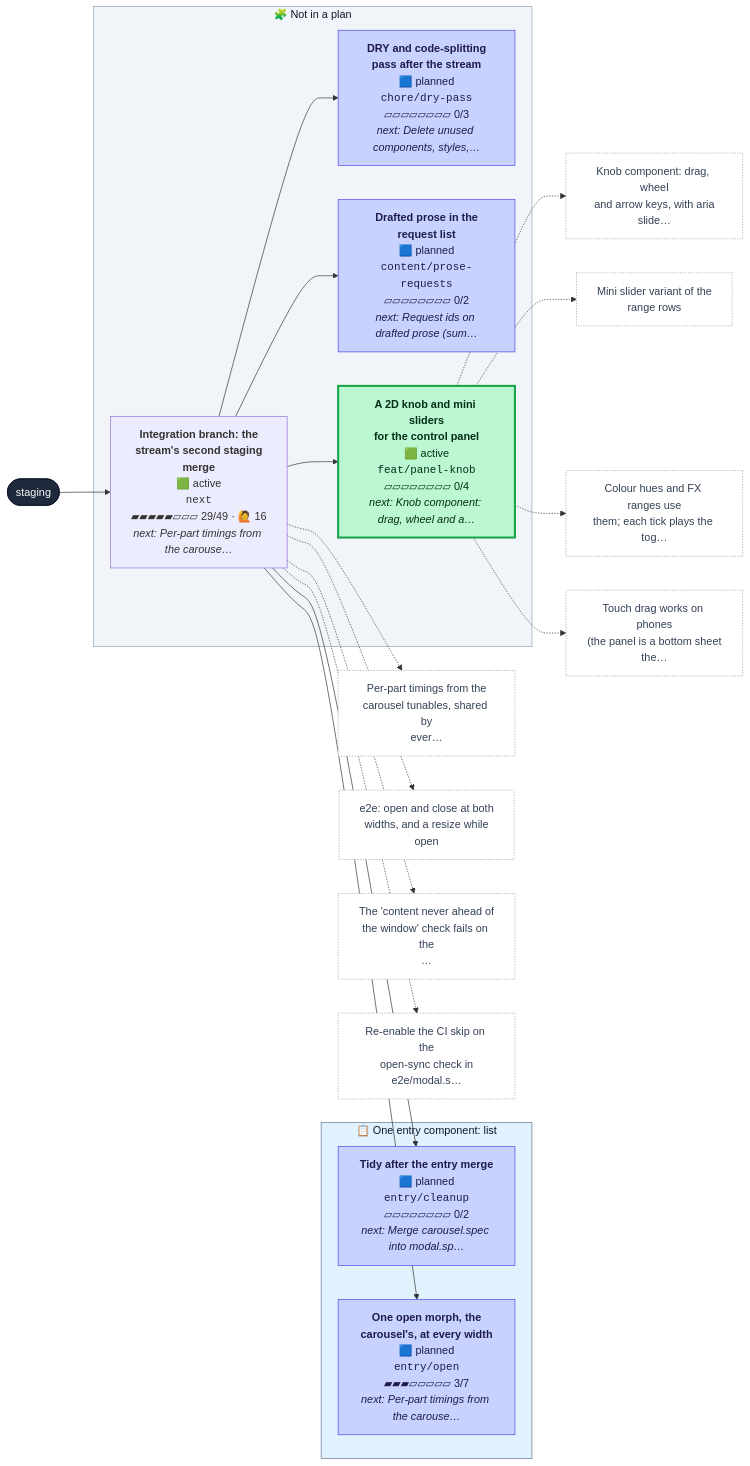
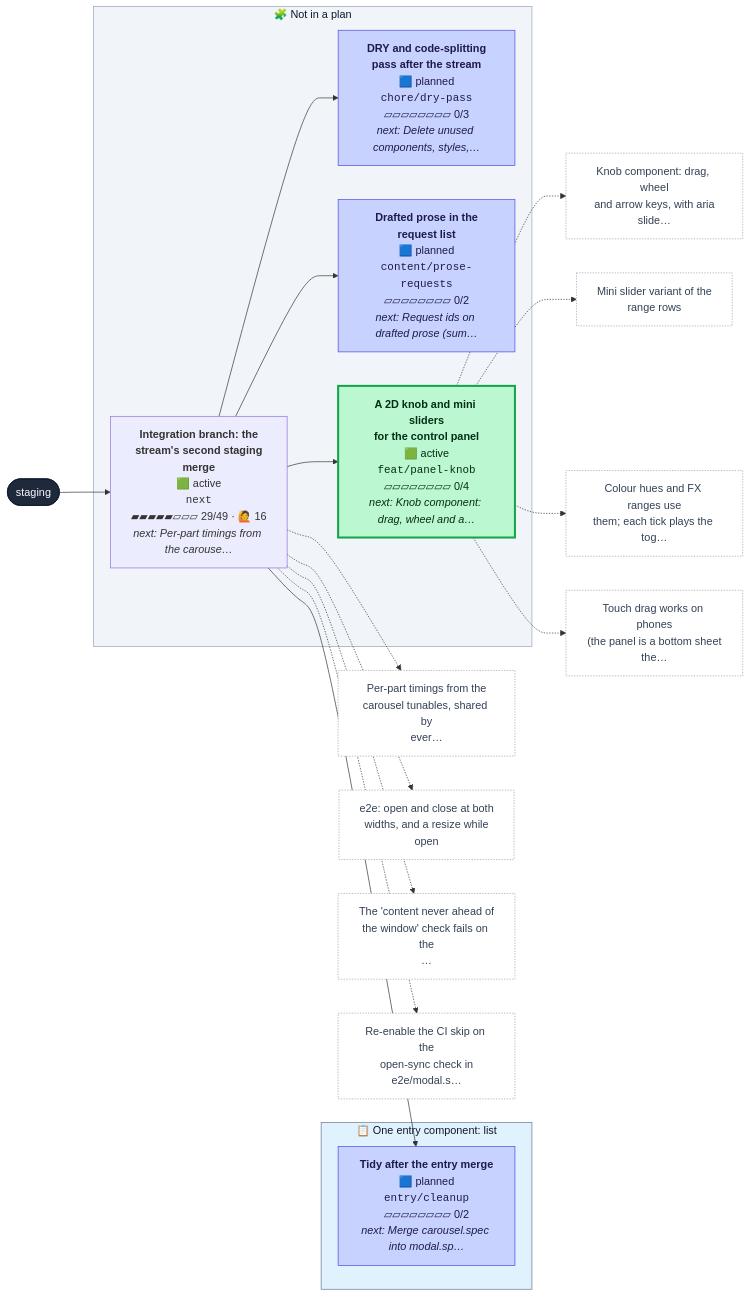
One commit to henryjonescodes/portfolio changed the first of 2 diagrams in CONTRIBUTING.md. Above: the diagram before and after it, drawn with Mermaid. The commit also changed other lines of this file, not shown here.

````diff
--- a/CONTRIBUTING.md
+++ b/CONTRIBUTING.md
@@ -16,62 +16,59 @@
 ```mermaid
 flowchart LR
   n_staging([staging])
   class n_staging trunk
   subgraph plan_0["📋 One entry component: list"]
     n_entry_cleanup["<b>Tidy after the entry merge</b><br/>🟦 planned<br/><code>entry/cleanup</code><br/>▱▱▱▱▱▱▱▱ 0/2<br/><i>next: Merge carousel.spec into modal.sp…</i>"]
     class n_entry_cleanup planned
-    n_entry_open["<b>One open morph, the<br/>carousel's, at every width</b><br/>🟦 planned<br/><code>entry/open</code><br/>▰▰▰▱▱▱▱▱ 3/7<br/><i>next: Per-part timings from the carouse…</i>"]
-    class n_entry_open planned
   end
   style plan_0 fill:#e0f2fe,stroke:#64748b,color:#0f172a
   subgraph loose["🧩 Not in a plan"]
     n_chore_dry_pass["<b>DRY and code-splitting<br/>pass after the stream</b><br/>🟦 planned<br/><code>chore/dry-pass</code><br/>▱▱▱▱▱▱▱▱ 0/3<br/><i>next: Delete unused components, styles,…</i>"]
     class n_chore_dry_pass planned
     n_content_prose_requests["<b>Drafted prose in the<br/>request list</b><br/>🟦 planned<br/><code>content/prose-requests</code><br/>▱▱▱▱▱▱▱▱ 0/2<br/><i>next: Request ids on drafted prose (sum…</i>"]
     class n_content_prose_requests planned
     n_feat_panel_knob["<b>A 2D knob and mini sliders<br/>for the control panel</b><br/>🟩 active<br/><code>feat/panel-knob</code><br/>▱▱▱▱▱▱▱▱ 0/4<br/><i>next: Knob component: drag, wheel and a…</i>"]
     class n_feat_panel_knob active
     n_next["<b>Integration branch: the<br/>stream's second staging<br/>merge</b><br/>🟩 active<br/><code>next</code><br/>▰▰▰▰▰▱▱▱ 29/49 · 🙋 16<br/><i>next: Per-part timings from the carouse…</i>"]
     class n_next active,current
   end
   style loose fill:#f1f5f9,stroke:#94a3b8,color:#0f172a
   n_next --> n_chore_dry_pass
   n_next --> n_content_prose_requests
   n_next --> n_entry_cleanup
-  n_next --> n_entry_open
   n_next --> n_feat_panel_knob
   n_staging --> n_next
   n_feat_panel_knob_t0["Knob component: drag, wheel<br/>and arrow keys, with aria<br/>slide…"]
   class n_feat_panel_knob_t0 todo
   n_feat_panel_knob -.-> n_feat_panel_knob_t0
   n_feat_panel_knob_t1["Mini slider variant of the<br/>range rows"]
   class n_feat_panel_knob_t1 todo
   n_feat_panel_knob -.-> n_feat_panel_knob_t1
   n_feat_panel_knob_t2["Colour hues and FX ranges use<br/>them; each tick plays the tog…"]
   class n_feat_panel_knob_t2 todo
   n_feat_panel_knob -.-> n_feat_panel_knob_t2
   n_feat_panel_knob_t3["Touch drag works on phones<br/>(the panel is a bottom sheet<br/>the…"]
   class n_feat_panel_knob_t3 todo
   n_feat_panel_knob -.-> n_feat_panel_knob_t3
   n_next_t0["Per-part timings from the<br/>carousel tunables, shared by<br/>ever…"]
   class n_next_t0 todo
   n_next -.-> n_next_t0
   n_next_t1["e2e: open and close at both<br/>widths, and a resize while<br/>open"]
   class n_next_t1 todo
   n_next -.-> n_next_t1
   n_next_t2["The 'content never ahead of<br/>the window' check fails on the<br/>…"]
   class n_next_t2 todo
   n_next -.-> n_next_t2
   n_next_t3["Re-enable the CI skip on the<br/>open-sync check in<br/>e2e/modal.s…"]
   class n_next_t3 todo
   n_next -.-> n_next_t3
   classDef merged fill:#dcfce7,stroke:#16a34a,color:#052e16
   classDef todo fill:#ffffff,stroke:#94a3b8,stroke-dasharray:2 2,color:#334155
   classDef planned fill:#c7d2fe,stroke:#4f46e5,color:#1e1b4b
   classDef sketched fill:#f8fafc,stroke:#64748b,stroke-dasharray:4 3,color:#334155
   classDef active fill:#bbf7d0,stroke:#16a34a,stroke-width:3px,color:#052e16
   classDef review fill:#fde68a,stroke:#d97706,stroke-width:3px,color:#451a03
   classDef blocked fill:#fecaca,stroke:#dc2626,stroke-width:3px,color:#450a0a
   classDef trunk fill:#1e293b,stroke:#0f172a,color:#f8fafc
   classDef current stroke:#0ea5e9,stroke-width:5px
 ```
````
